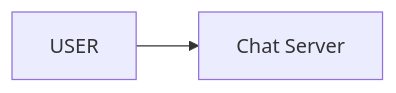
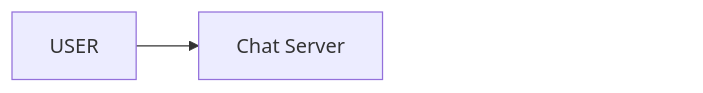
One commit to ArpanMaheshwari144/Prep changed the first of 12 diagrams in 04_HLD/SYSTEM_DESIGNS/14_chat_messaging/14_chat_messaging.md. Above: the diagram before and after it, drawn with Mermaid. The commit also changed other lines of this file and 13 other files, not shown here.

Commit message:
hld 14 file: har diagram ke daayein andekha dabba, zoom button asli dabbe pe na aaye

````diff
--- a/04_HLD/SYSTEM_DESIGNS/14_chat_messaging/14_chat_messaging.md
+++ b/04_HLD/SYSTEM_DESIGNS/14_chat_messaging/14_chat_messaging.md
@@ -97,7 +97,10 @@
 ```mermaid
 %%{init: {"flowchart": {"wrappingWidth": 450}}}%%
 flowchart LR
     n_USER["USER"]
     n_CS["Chat Server"]
     n_USER --> n_CS
+    n_pad["xxxxxxxxxxxxxxxx"]
+    n_CS ~~~ n_pad
+    style n_pad fill:none,stroke:none,color:#ffffff00
 ```
````
